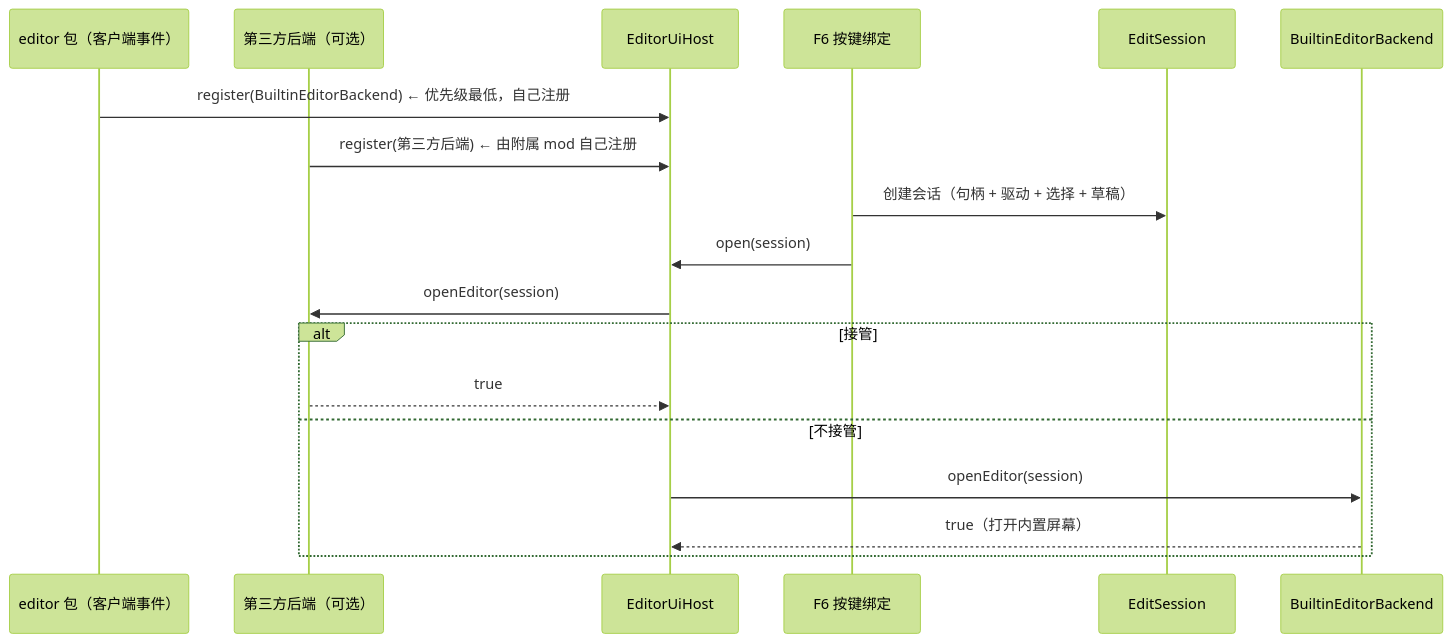
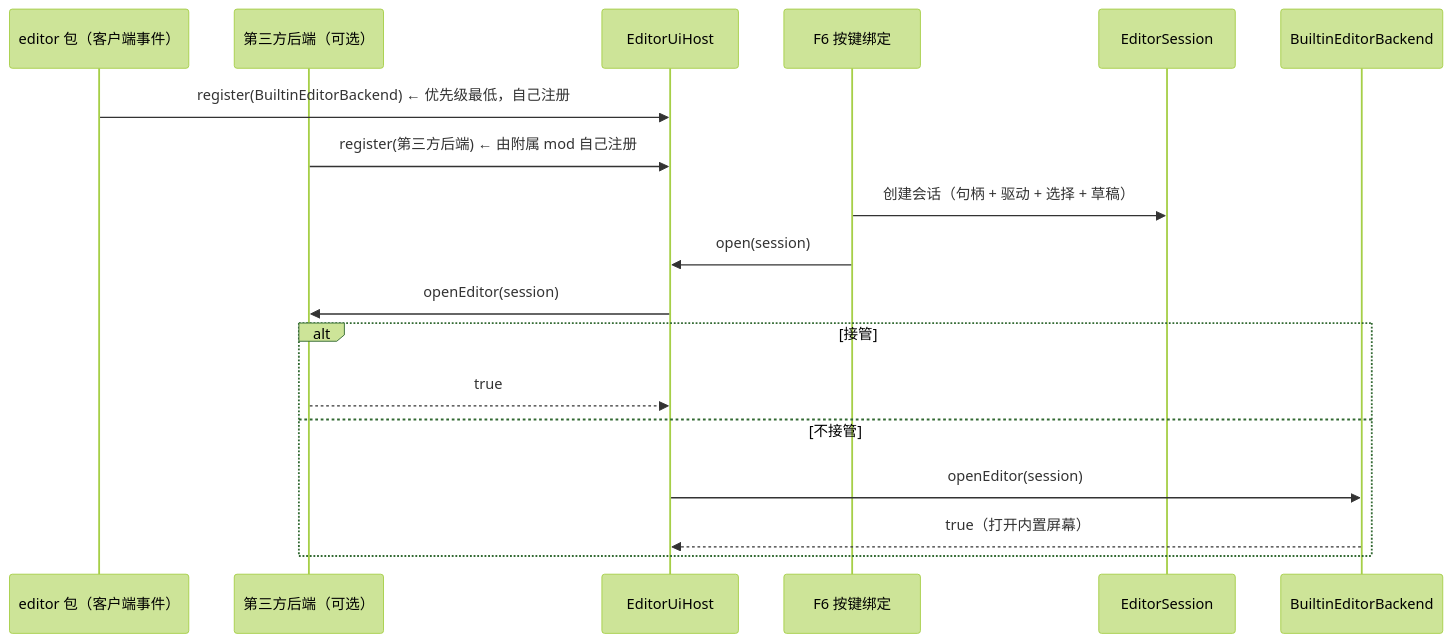
One commit to AnECanSaiTin/Free-Camera-Api-Tripod changed the seventh of 7 diagrams in docs/design-animation-editor-framework.md. Above: the diagram before and after it, drawn with Mermaid (forest theme). The commit also changed other lines of this file and 1 other file, not shown here.

````diff
--- a/docs/design-animation-editor-framework.md
+++ b/docs/design-animation-editor-framework.md
@@ -1070,21 +1164,21 @@
 ```mermaid
 sequenceDiagram
     participant Ed as editor 包（客户端事件）
     participant Ext as 第三方后端（可选）
     participant Host as EditorUiHost
     participant Key as F6 按键绑定
-    participant S as EditSession
+    participant S as EditorSession
     participant Def as BuiltinEditorBackend
 
     Ed->>Host: register(BuiltinEditorBackend)   ← 优先级最低，自己注册
     Ext->>Host: register(第三方后端)              ← 由附属 mod 自己注册
     Key->>S: 创建会话（句柄 + 驱动 + 选择 + 草稿）
     Key->>Host: open(session)
     Host->>Ext: openEditor(session)
     alt 接管
         Ext-->>Host: true
     else 不接管
         Host->>Def: openEditor(session)
         Def-->>Host: true（打开内置屏幕）
     end
 ```
````
